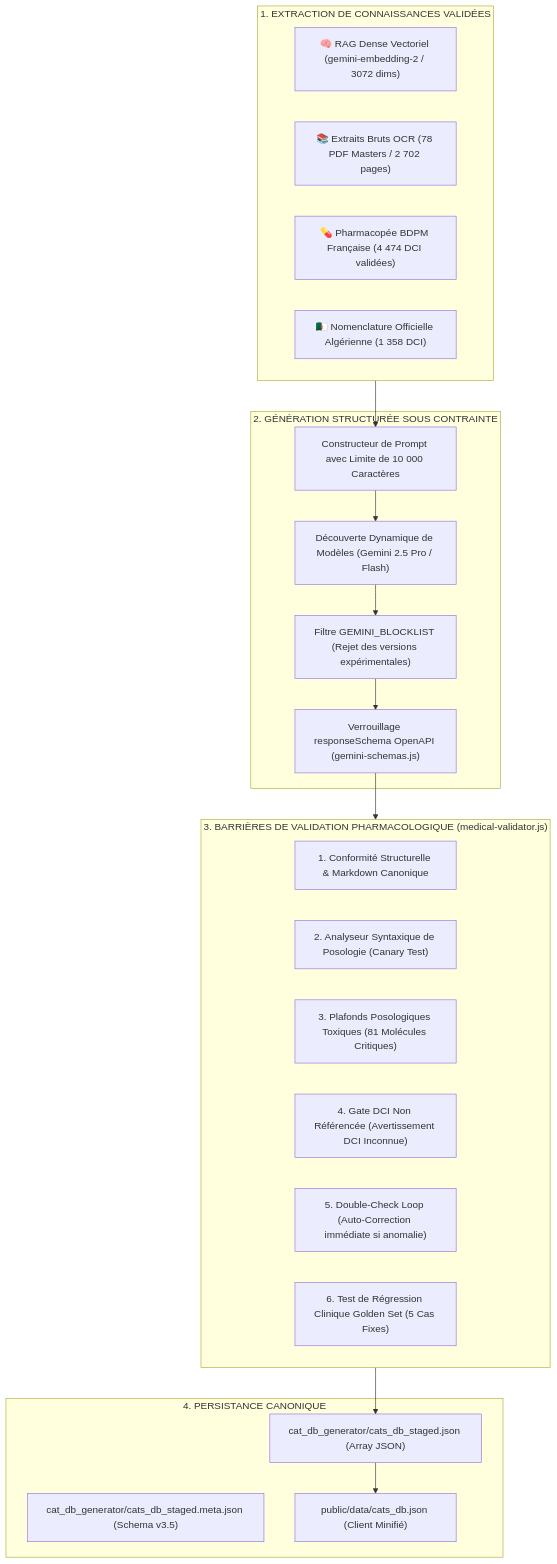
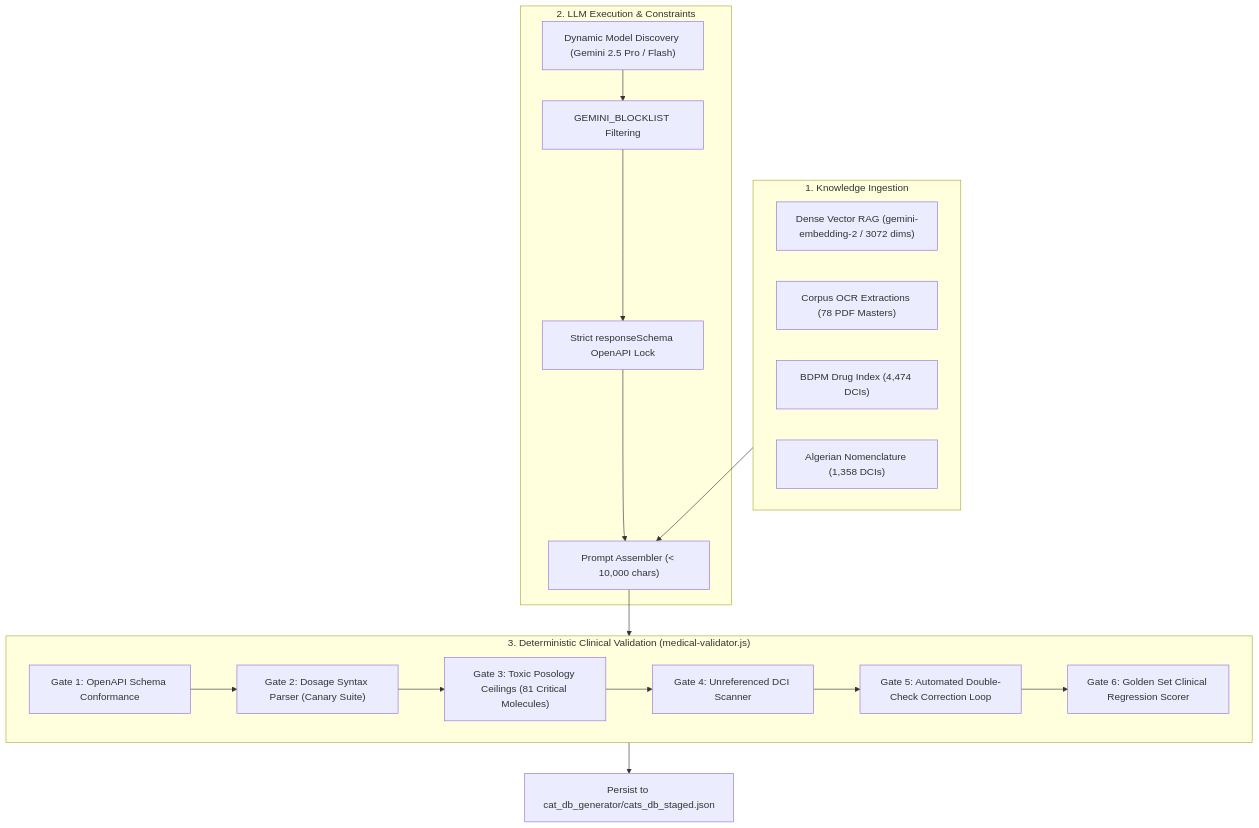
One commit to iillaa/med changed the diagram in docs/01-architecture/llm-generation-engine.md. Above: the diagram before and after it, drawn with Mermaid. The commit also changed other lines of this file and 6 other files, not shown here.

````diff
--- a/docs/01-architecture/llm-generation-engine.md
+++ b/docs/01-architecture/llm-generation-engine.md
@@ -15,36 +13,31 @@
 ```mermaid
 flowchart TD
-    subgraph Sourcing["1. EXTRACTION DE CONNAISSANCES VALIDÉES"]
-        RAGDense["🧠 RAG Dense Vectoriel (gemini-embedding-2 / 3072 dims)"]
-        PDFCorpus["📚 Extraits Bruts OCR (78 PDF Masters / 2 702 pages)"]
-        BDPM["💊 Pharmacopée BDPM Française (4 474 DCI validées)"]
-        Nomenclature["🇩🇿 Nomenclature Officielle Algérienne (1 358 DCI)"]
+    subgraph Sourcing["1. Knowledge Ingestion"]
+        DenseRAG["Dense Vector RAG (gemini-embedding-2 / 3072 dims)"]
+        CorpusOCR["Corpus OCR Extractions (78 PDF Masters)"]
+        BDPM_DB["BDPM Drug Index (4,474 DCIs)"]
+        AlgNomenclature["Algerian Nomenclature (1,358 DCIs)"]
     end
 
-    subgraph LLMExecution["2. GÉNÉRATION STRUCTURÉE SOUS CONTRAINTE"]
-        PromptBuilder["Constructeur de Prompt avec Limite de 10 000 Caractères"]
-        GeminiDiscovery["Découverte Dynamique de Modèles (Gemini 2.5 Pro / Flash)"]
-        Blocklist["Filtre GEMINI_BLOCKLIST (Rejet des versions expérimentales)"]
-        SchemaConstraint["Verrouillage responseSchema OpenAPI (gemini-schemas.js)"]
+    subgraph Orchestration["2. LLM Execution & Constraints"]
+        Discovery["Dynamic Model Discovery (Gemini 2.5 Pro / Flash)"]
+        Filter["GEMINI_BLOCKLIST Filtering"]
+        OpenAPISchema["Strict responseSchema OpenAPI Lock"]
+        PromptSynth["Prompt Assembler (< 10,000 chars)"]
+        Discovery --> Filter --> OpenAPISchema --> PromptSynth
     end
 
-    subgraph SafetyGates["3. BARRIÈRES DE VALIDATION PHARMACOLOGIQUE (medical-validator.js)"]
-        Gate1["1. Conformité Structurelle & Markdown Canonique"]
-        Gate2["2. Analyseur Syntaxique de Posologie (Canary Test)"]
-        Gate3["3. Plafonds Posologiques Toxiques (81 Molécules Critiques)"]
-        Gate4["4. Gate DCI Non Référencée (Avertissement DCI Inconnue)"]
-        Gate5["5. Double-Check Loop (Auto-Correction immédiate si anomalie)"]
-        Gate6["6. Test de Régression Clinique Golden Set (5 Cas Fixes)"]
+    subgraph Validation["3. Deterministic Clinical Validation (medical-validator.js)"]
+        G1["Gate 1: OpenAPI Schema Conformance"]
+        G2["Gate 2: Dosage Syntax Parser (Canary Suite)"]
+        G3["Gate 3: Toxic Posology Ceilings (81 Critical Molecules)"]
+        G4["Gate 4: Unreferenced DCI Scanner"]
+        G5["Gate 5: Automated Double-Check Correction Loop"]
+        G6["Gate 6: Golden Set Clinical Regression Scorer"]
+        G1 --> G2 --> G3 --> G4 --> G5 --> G6
     end
 
-    subgraph Persistence["4. PERSISTANCE CANONIQUE"]
-        Staging["cat_db_generator/cats_db_staged.json (Array JSON)"]
-        Sidecar["cat_db_generator/cats_db_staged.meta.json (Schema v3.5)"]
-        Production["public/data/cats_db.json (Client Minifié)"]
-    end
-
-    Sourcing --> PromptBuilder
-    PromptBuilder --> GeminiDiscovery --> Blocklist --> SchemaConstraint
-    SchemaConstraint --> SafetyGates
-    SafetyGates --> Staging --> Production
+    Sourcing --> PromptSynth
+    PromptSynth --> Validation
+    Validation --> StagingDB["Persist to cat_db_generator/cats_db_staged.json"]
 ```
````
